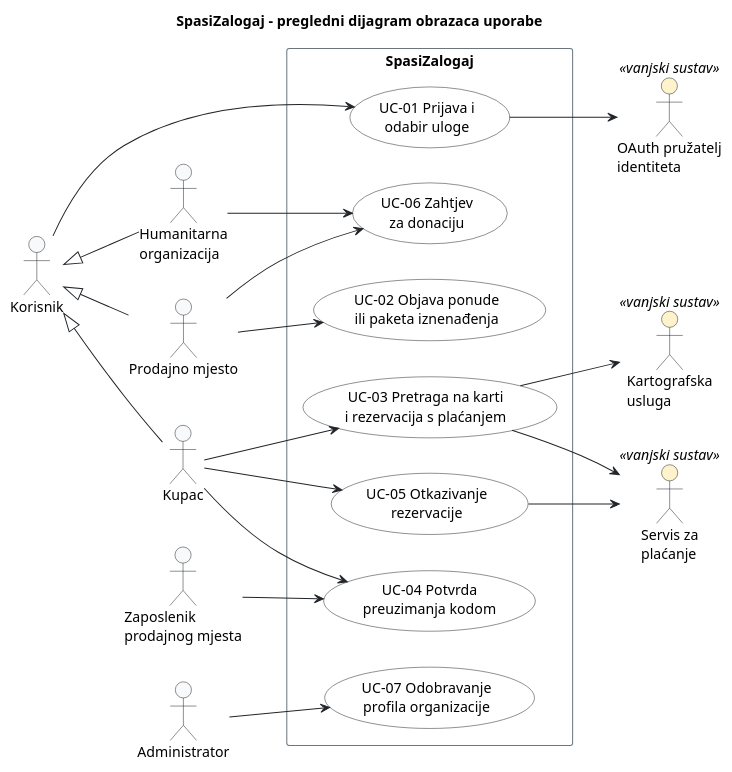
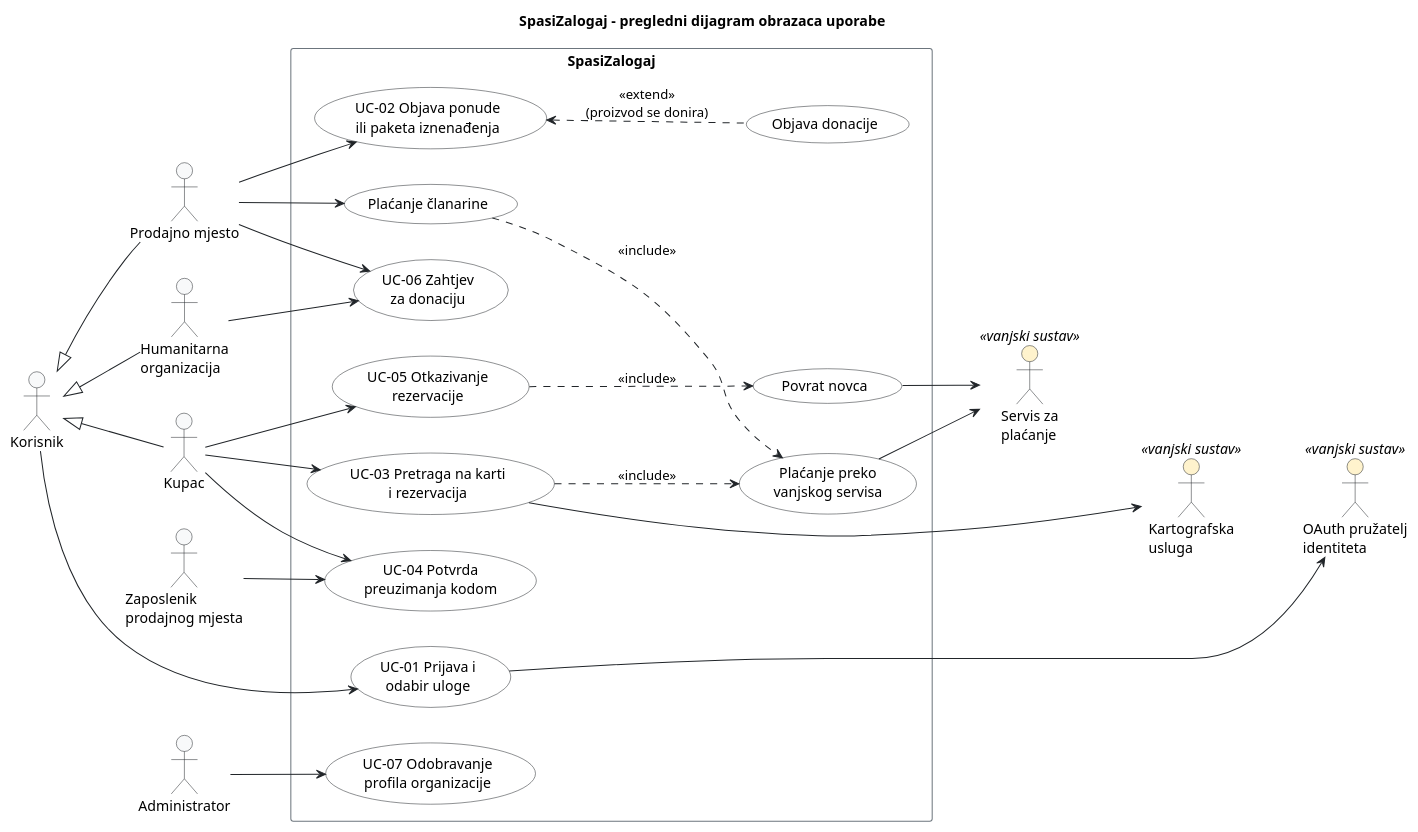
Before and after one commit to frenki1004/Menzory: the diagram in docs/puml/3-1-spasizalogaj-system-UC.puml, drawn with PlantUML. The commit also changed other lines of this file and 3 other files, not shown here.

Commit message:
docs: ispravi dijagrame obrazaca uporabe (include/extend, bez precedes)

```diff
--- a/docs/puml/3-1-spasizalogaj-system-UC.puml
+++ b/docs/puml/3-1-spasizalogaj-system-UC.puml
@@ -13,66 +13,88 @@
 @startuml
 title SpasiZalogaj – pregledni dijagram obrazaca uporabe
 left to right direction
 
 skinparam shadowing false
 skinparam defaultFontName Arial
 skinparam ArrowColor #212529
 
 skinparam actor {
     BackgroundColor #F8F9FA
     BorderColor #212529
     BackgroundColor<<vanjski sustav>> #FFF3CD
 }
 skinparam usecase {
     BackgroundColor #FFFFFF
     BorderColor #212529
 }
 skinparam rectangle {
     BorderColor #6C757D
 }
 
 actor "Korisnik" as Korisnik
 actor "Prodajno mjesto" as Prodavac
 actor "Kupac" as Kupac
 actor "Zaposlenik\nprodajnog mjesta" as Zaposlenik
 actor "Humanitarna\norganizacija" as Org
 actor "Administrator" as Admin
 
 Kupac -up-|> Korisnik
 Prodavac -up-|> Korisnik
 Org -up-|> Korisnik
 
 rectangle "SpasiZalogaj" {
     usecase "UC-01 Prijava i\nodabir uloge" as UC01
+
+    usecase "Plaćanje članarine" as UCClan
     usecase "UC-02 Objava ponude\nili paketa iznenađenja" as UC02
-    usecase "UC-03 Pretraga na karti\ni rezervacija s plaćanjem" as UC03
+    usecase "Objava donacije" as UCDonacija
+
+    usecase "UC-03 Pretraga na karti\ni rezervacija" as UC03
+    usecase "Plaćanje preko\nvanjskog servisa" as UCPlati
+
     usecase "UC-04 Potvrda\npreuzimanja kodom" as UC04
     usecase "UC-05 Otkazivanje\nrezervacije" as UC05
+    usecase "Povrat novca" as UCPovrat
+
     usecase "UC-06 Zahtjev\nza donaciju" as UC06
     usecase "UC-07 Odobravanje\nprofila organizacije" as UC07
 }
 
 actor "OAuth pružatelj\nidentiteta" as OAuth <<vanjski sustav>>
 actor "Kartografska\nusluga" as Karta <<vanjski sustav>>
 actor "Servis za\nplaćanje" as Placanje <<vanjski sustav>>
 
+' Prijava
 Korisnik --> UC01
 UC01 --> OAuth
 
+' Prodajno mjesto: članarina i objava ponude
+Prodavac --> UCClan
 Prodavac --> UC02
+UCClan ..> UCPlati : <<include>>
+UC02 <.. UCDonacija : <<extend>>\n(proizvod se donira)
 
+' Kupac: rezervacija, preuzimanje i otkazivanje
 Kupac --> UC03
 Kupac --> UC04
 Kupac --> UC05
-
+UC03 ..> UCPlati : <<include>>
 UC03 --> Karta
-UC03 --> Placanje
-UC05 --> Placanje
-
+UC05 ..> UCPovrat : <<include>>
 Zaposlenik --> UC04
 
+' Vanjski servis za plaćanje
+UCPlati --> Placanje
+UCPovrat --> Placanje
+
+' Donacije i administracija
 Org --> UC06
 Prodavac --> UC06
+Admin --> UC07
 
-Admin --> UC07
+' Poravnanje: vanjski akteri u desnom stupcu
+UCPovrat -[hidden]-> OAuth
+UCPovrat -[hidden]-> Karta
+Placanje -[hidden]down- Karta
+Karta -[hidden]down- OAuth
 @enduml
```
